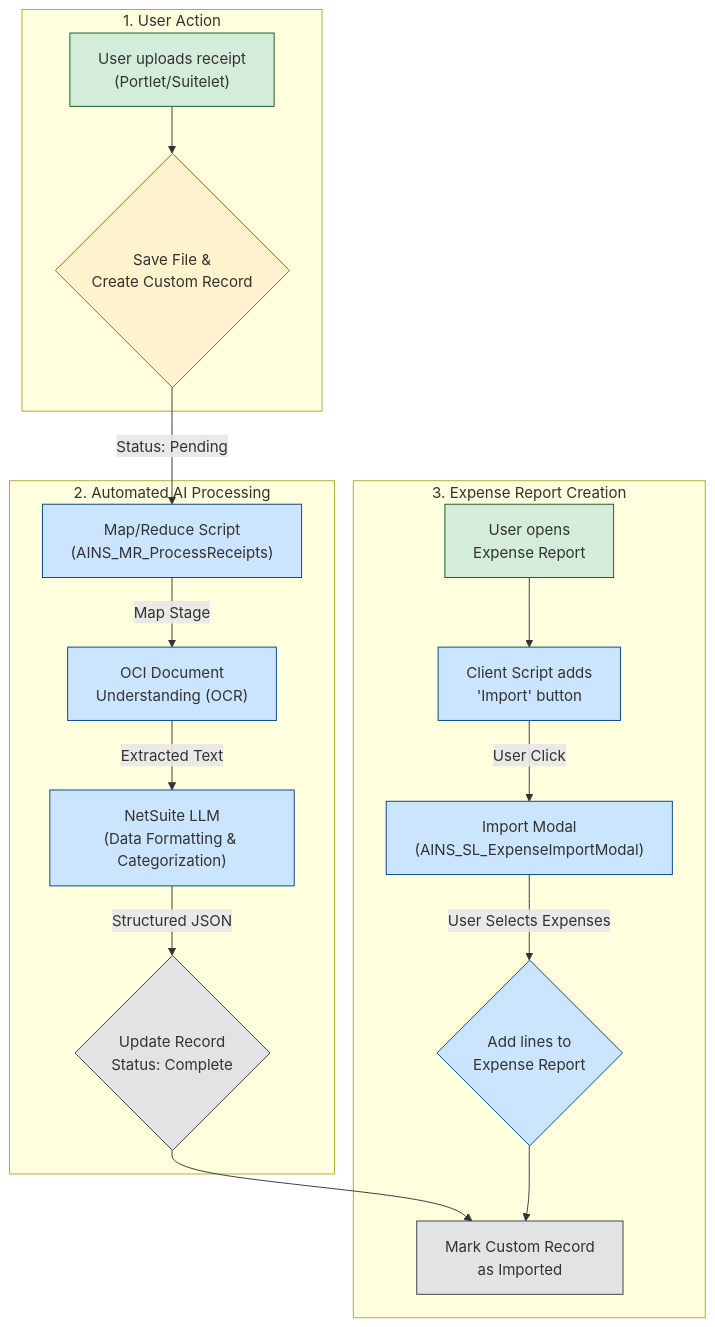
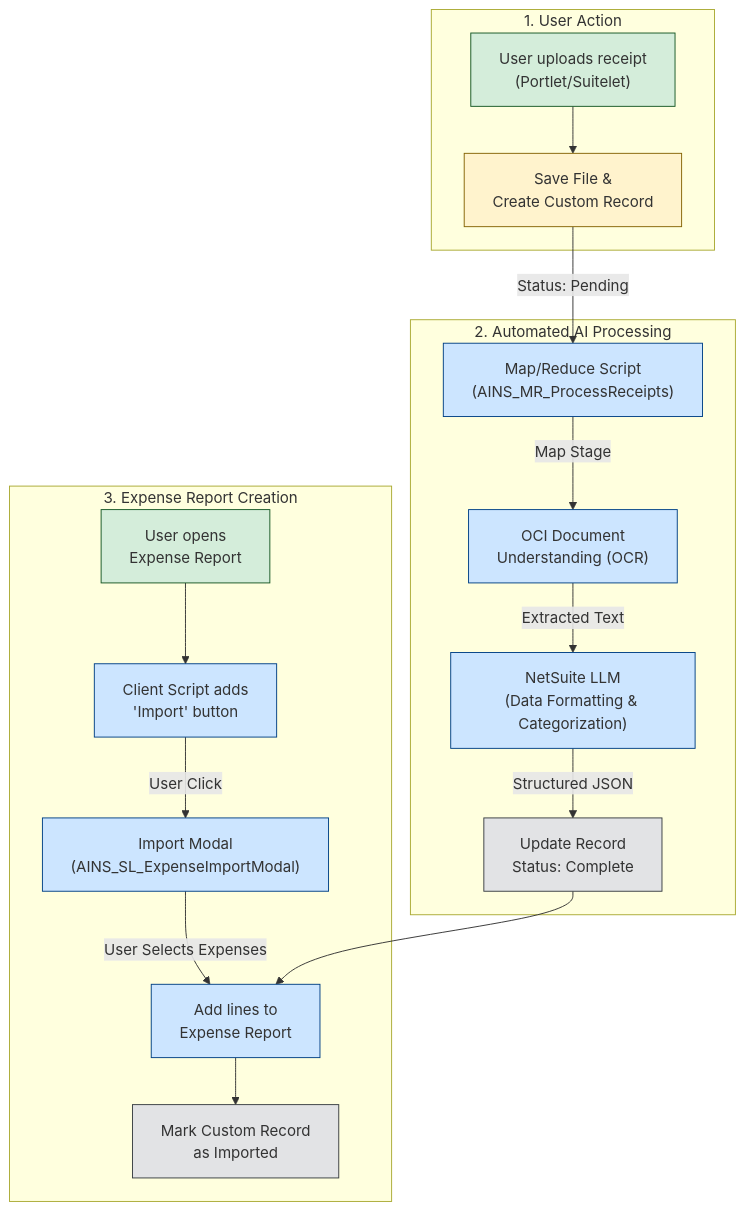
Before and after one commit to gbohus/Expense-Capture: the diagram in README.md, drawn with Mermaid.

Commit message:
Enhance README.md by refining Mermaid diagram connections for improved readability and flow

````diff
--- a/README.md
+++ b/README.md
@@ -20,32 +20,33 @@
 ```mermaid
 graph TD
     subgraph "1. User Action"
-        A["User uploads receipt<br/>(Portlet/Suitelet)"] --> B{"Save File &<br/>Create Custom Record"};
+        A["User uploads receipt<br/>(Portlet/Suitelet)"] --> B["Save File &<br/>Create Custom Record"];
     end
 
     subgraph "2. Automated AI Processing"
         B -- "Status: Pending" --> C["Map/Reduce Script<br/>(AINS_MR_ProcessReceipts)"];
         C -- "Map Stage" --> D["OCI Document<br/>Understanding (OCR)"];
         D -- "Extracted Text" --> E["NetSuite LLM<br/>(Data Formatting & Categorization)"];
-        E -- "Structured JSON" --> F{"Update Record<br/>Status: Complete"};
+        E -- "Structured JSON" --> F["Update Record<br/>Status: Complete"];
     end
 
     subgraph "3. Expense Report Creation"
         G["User opens<br/>Expense Report"] --> H["Client Script adds<br/>'Import' button"];
         H -- "User Click" --> I["Import Modal<br/>(AINS_SL_ExpenseImportModal)"];
-        I -- "User Selects Expenses" --> J{"Add lines to<br/>Expense Report"};
-        F & J --> K["Mark Custom Record<br/>as Imported"];
+        I -- "User Selects Expenses" --> J["Add lines to<br/>Expense Report"];
+        F --> J;
+        J --> K["Mark Custom Record<br/>as Imported"];
     end
 
     style A fill:#d4edda,stroke:#155724
     style G fill:#d4edda,stroke:#155724
     style B fill:#fff3cd,stroke:#856404
     style C fill:#cce5ff,stroke:#004085
     style D fill:#cce5ff,stroke:#004085
     style E fill:#cce5ff,stroke:#004085
     style F fill:#e2e3e5,stroke:#383d41
     style H fill:#cce5ff,stroke:#004085
     style I fill:#cce5ff,stroke:#004085
     style J fill:#cce5ff,stroke:#004085
     style K fill:#e2e3e5,stroke:#383d41
 ```
````
